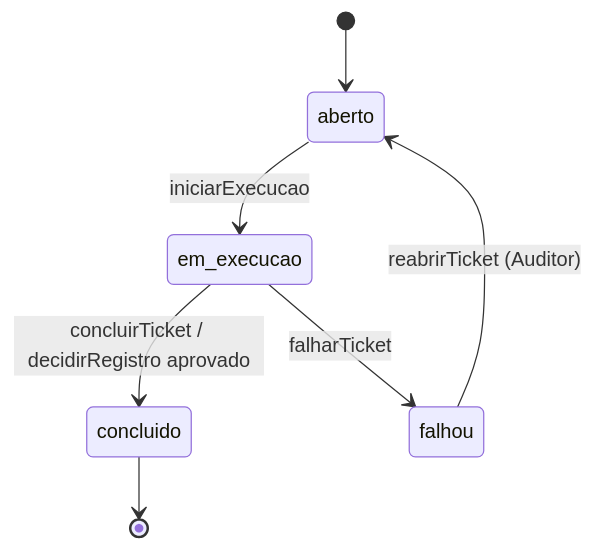
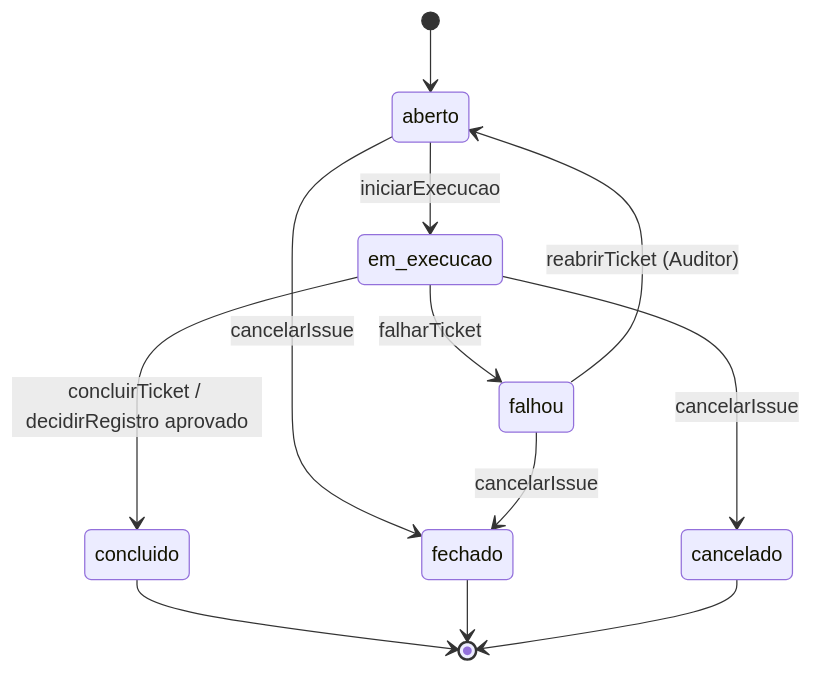
One commit to JimmyAreaFiscal/Fabriquinha changed the second of 2 diagrams in fabriquinha/01-dominio.md. Above: the diagram before and after it, drawn with Mermaid. The commit also changed other lines of this file and 39 other files, not shown here.

First line of the commit message:
feat: Domínio e banco: C22 cancelarIssue, status fechado e cancelado, migração [I-3/T-16]

````diff
--- a/fabriquinha/01-dominio.md
+++ b/fabriquinha/01-dominio.md
@@ -276,9 +280,14 @@
 ```mermaid
 stateDiagram-v2
     [*] --> aberto
     aberto --> em_execucao: iniciarExecucao
     em_execucao --> concluido: concluirTicket / decidirRegistro aprovado
     em_execucao --> falhou: falharTicket
     falhou --> aberto: reabrirTicket (Auditor)
+    aberto --> fechado: cancelarIssue
+    falhou --> fechado: cancelarIssue
+    em_execucao --> cancelado: cancelarIssue
     concluido --> [*]
+    fechado --> [*]
+    cancelado --> [*]
 ```
````
